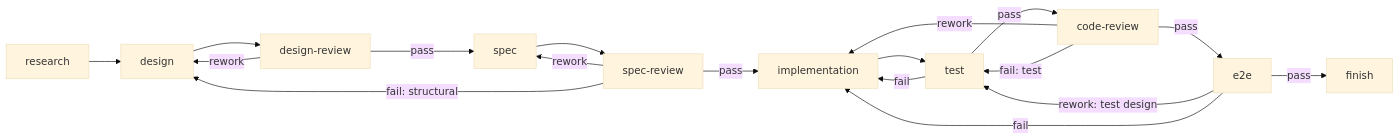
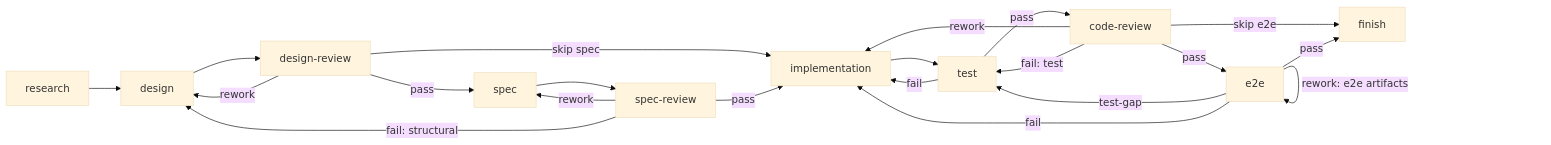
Before and after one commit to liyangink/team-work-runtime: the second of 3 diagrams in docs/runtime-plugin-design.md, drawn with Mermaid (base theme). The commit also changed other lines of this file and 39 other files, not shown here.

````diff
--- a/docs/runtime-plugin-design.md
+++ b/docs/runtime-plugin-design.md
@@ -144,20 +145,23 @@
 ```mermaid
 flowchart LR
     R["research"] --> D["design"]
     D --> DR["design-review"]
     DR -->|"pass"| S["spec"]
+    DR -->|"skip spec"| I["implementation"]
     DR -->|"rework"| D
     S --> SR["spec-review"]
     SR -->|"pass"| I["implementation"]
     SR -->|"rework"| S
     SR -->|"fail: structural"| D
     I --> T["test"]
     T -->|"pass"| CR["code-review"]
     T -->|"fail"| I
     CR -->|"pass"| E["e2e"]
+    CR -->|"skip e2e"| F["finish"]
     CR -->|"rework"| I
     CR -->|"fail: test"| T
     E -->|"pass"| F["finish"]
-    E -->|"rework: test design"| T
+    E -->|"rework: e2e artifacts"| E
+    E -->|"test-gap"| T
     E -->|"fail"| I
 ```
````
